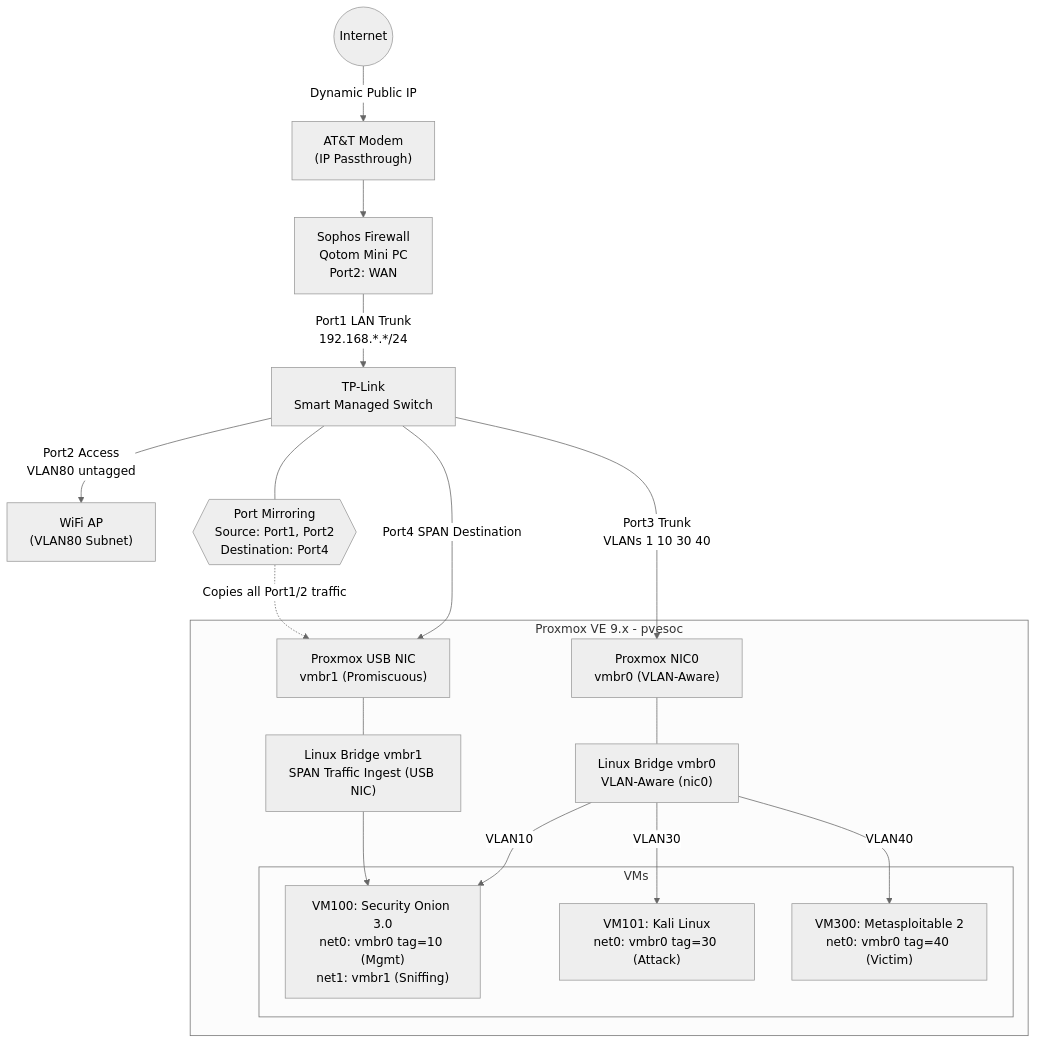
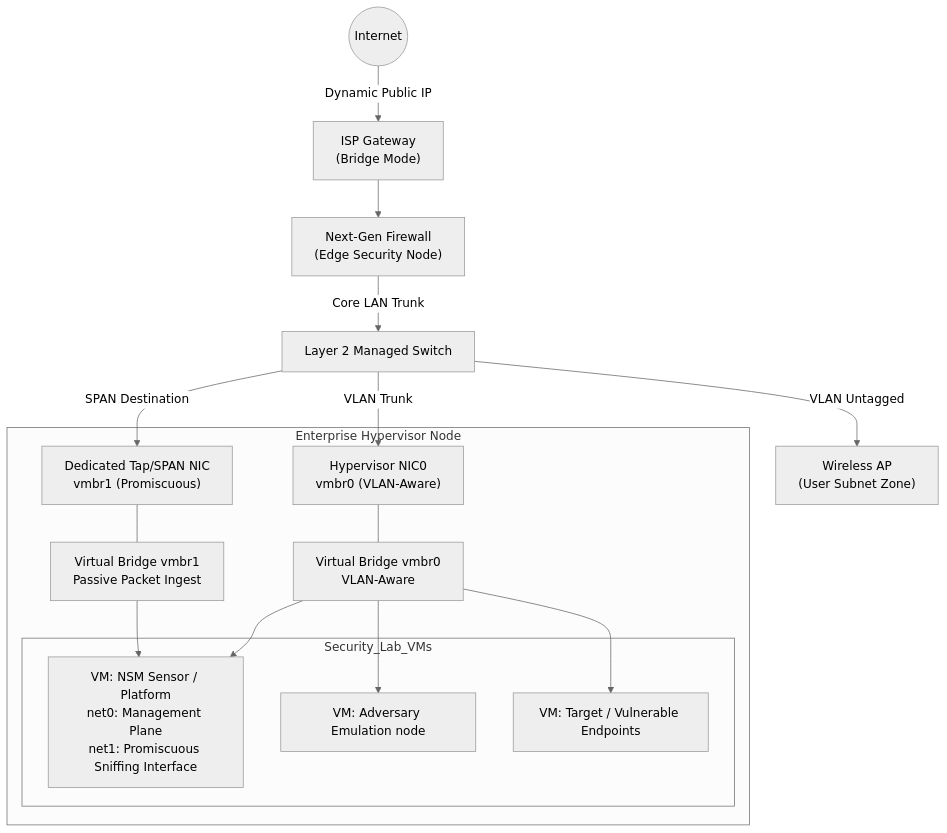
Before and after one commit to Richkpa/proxmox-security-operations-lab: the diagram in README.md, drawn with Mermaid (neutral theme). The commit also changed other lines of this file and 4 other files, not shown here.

````diff
--- a/README.md
+++ b/README.md
@@ -31,30 +31,27 @@
 ```mermaid
 graph TD
-    Internet((Internet)) -->|Dynamic Public IP| ATTModem["AT&T Modem<br/>(IP Passthrough)"]
-    ATTModem --> SophosFW["Sophos Firewall<br/>Qotom Mini PC<br/>Port2: WAN"]
-    SophosFW -->|Port1 LAN Trunk<br/>192.168.*.*/24| Switch["TP-Link<br/>Smart Managed Switch"]
-    Switch -->|Port2 Access<br/>VLAN80 untagged| AP["WiFi AP<br/>(VLAN80 Subnet)"]
-    Switch -->|Port3 Trunk<br/>VLANs 1 10 30 40| ProxNIC0["Proxmox NIC0<br/>vmbr0 (VLAN-Aware)"]
-    Switch -->|Port4 SPAN Destination| ProxNIC1["Proxmox USB NIC<br/>vmbr1 (Promiscuous)"]
+    Internet((Internet)) -->|Dynamic Public IP| ISPModem["ISP Gateway<br/>(Bridge Mode)"]
+    ISPModem --> EdgeFW["Next-Gen Firewall<br/>(Edge Security Node)"]
+    EdgeFW -->|Core LAN Trunk| Switch["Layer 2 Managed Switch"]
+    Switch -->|VLAN Untagged| AP["Wireless AP<br/>(User Subnet Zone)"]
+    Switch -->|VLAN Trunk| ProxNIC0["Hypervisor NIC0<br/>vmbr0 (VLAN-Aware)"]
+    Switch -->|SPAN Destination| ProxNIC1["Dedicated Tap/SPAN NIC<br/>vmbr1 (Promiscuous)"]
     
-    subgraph Proxmox_VE [Proxmox VE 9.x - pvesoc]
-        vmbr0["Linux Bridge vmbr0<br/>VLAN-Aware (nic0)"]
-        vmbr1["Linux Bridge vmbr1<br/>SPAN Traffic Ingest (USB NIC)"]
+    subgraph Hypervisor_Platform [Enterprise Hypervisor Node]
+        vmbr0["Virtual Bridge vmbr0<br/>VLAN-Aware"]
+        vmbr1["Virtual Bridge vmbr1<br/>Passive Packet Ingest"]
         ProxNIC0 --- vmbr0
         ProxNIC1 --- vmbr1
         
-        subgraph VMs
-            SO["VM100: Security Onion 3.0<br/>net0: vmbr0 tag=10 (Mgmt)<br/>net1: vmbr1 (Sniffing)"]
-            Kali["VM101: Kali Linux<br/>net0: vmbr0 tag=30 (Attack)"]
-            Meta["VM300: Metasploitable 2<br/>net0: vmbr0 tag=40 (Victim)"]
+    subgraph Security_Lab_VMs
+            SO["VM: NSM Sensor / Platform<br/>net0: Management Plane<br/>net1: Promiscuous Sniffing Interface"]
+            Kali["VM: Adversary Emulation node"]
+            Meta["VM: Target / Vulnerable Endpoints"]
         end
         
-        vmbr0 -->|VLAN10| SO
-        vmbr0 -->|VLAN30| Kali
-        vmbr0 -->|VLAN40| Meta
+        vmbr0 --> SO
+        vmbr0 --> Kali
+        vmbr0 --> Meta
         vmbr1 --> SO
     end
-
-    Switch --- SPANLogic{{"Port Mirroring<br/>Source: Port1, Port2<br/>Destination: Port4"}}
-    SPANLogic -.->|Copies all Port1/2 traffic| ProxNIC1
 ```
````
